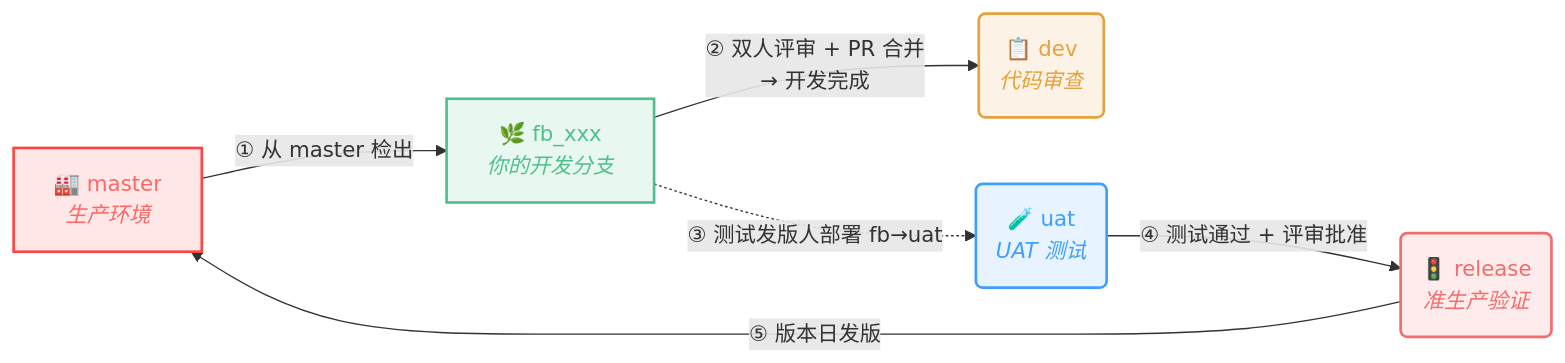
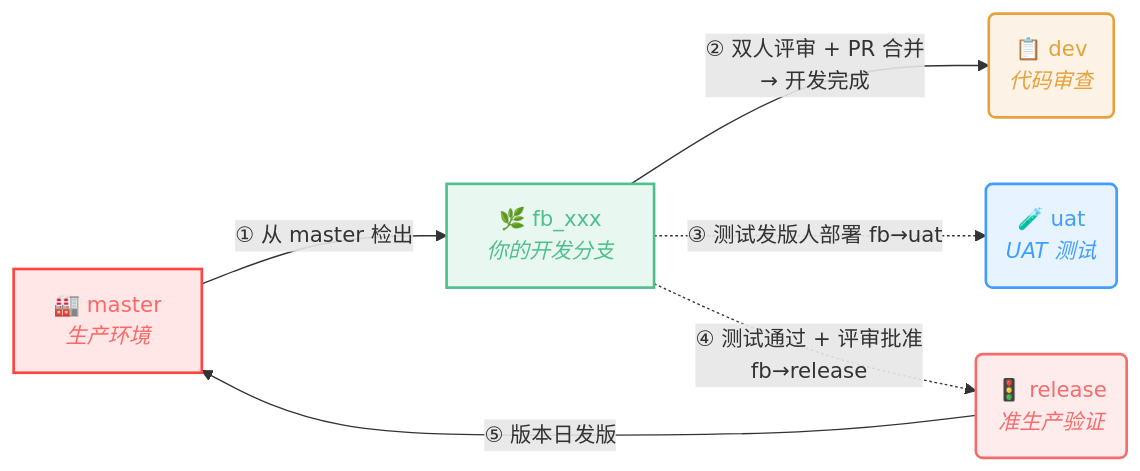
Before and after one commit to livebug/vpblogs: the third of 19 diagrams in docs/learn/VSCodeEx/2026-07-11-vscode-git-guide.md, drawn with Mermaid. The commit also changed other lines of this file and 5 other files, not shown here.

First line of the commit message:
fix(docs,components): correct release flow and clean up code

````diff
--- a/docs/learn/VSCodeEx/2026-07-11-vscode-git-guide.md
+++ b/docs/learn/VSCodeEx/2026-07-11-vscode-git-guide.md
@@ -125,29 +125,29 @@
 ```mermaid
 flowchart LR
     %% ═══ 分支节点定义 ═══
     M["🏭 master<br/><i>生产环境</i>"]
     FB["🌿 fb_xxx<br/><i>你的开发分支</i>"]
     D("📋 dev<br/><i>代码审查</i>")
     U("🧪 uat<br/><i>UAT 测试</i>")
     R("🚦 release<br/><i>准生产验证</i>")
 
     %% ═══ 流转关系 ═══
     M -- "① 从 master 检出" --> FB
     FB -- "② 双人评审 + PR 合并<br/>→ 开发完成" --> D
     FB -. "③ 测试发版人部署 fb→uat" .-> U
-    U -- "④ 测试通过 + 评审批准" --> R
+    FB -. "④ 测试通过 + 评审批准<br/>fb→release" .-> R
     R -- "⑤ 版本日发版" --> M
 
     %% ═══ 样式 ═══
     classDef prod fill:#ff444420,stroke:#ff4444,stroke-width:2px,color:#ff6666
     classDef fb   fill:#4fc08d20,stroke:#4fc08d,stroke-width:2px,color:#4fc08d
     classDef dev  fill:#e6a23c20,stroke:#e6a23c,stroke-width:2px,color:#e6a23c
     classDef uat  fill:#409eff20,stroke:#409eff,stroke-width:2px,color:#409eff
     classDef rel  fill:#f56c6c20,stroke:#f56c6c,stroke-width:2px,color:#f56c6c
 
     class M prod
     class FB fb
     class D dev
     class U uat
     class R rel
 ```
````
